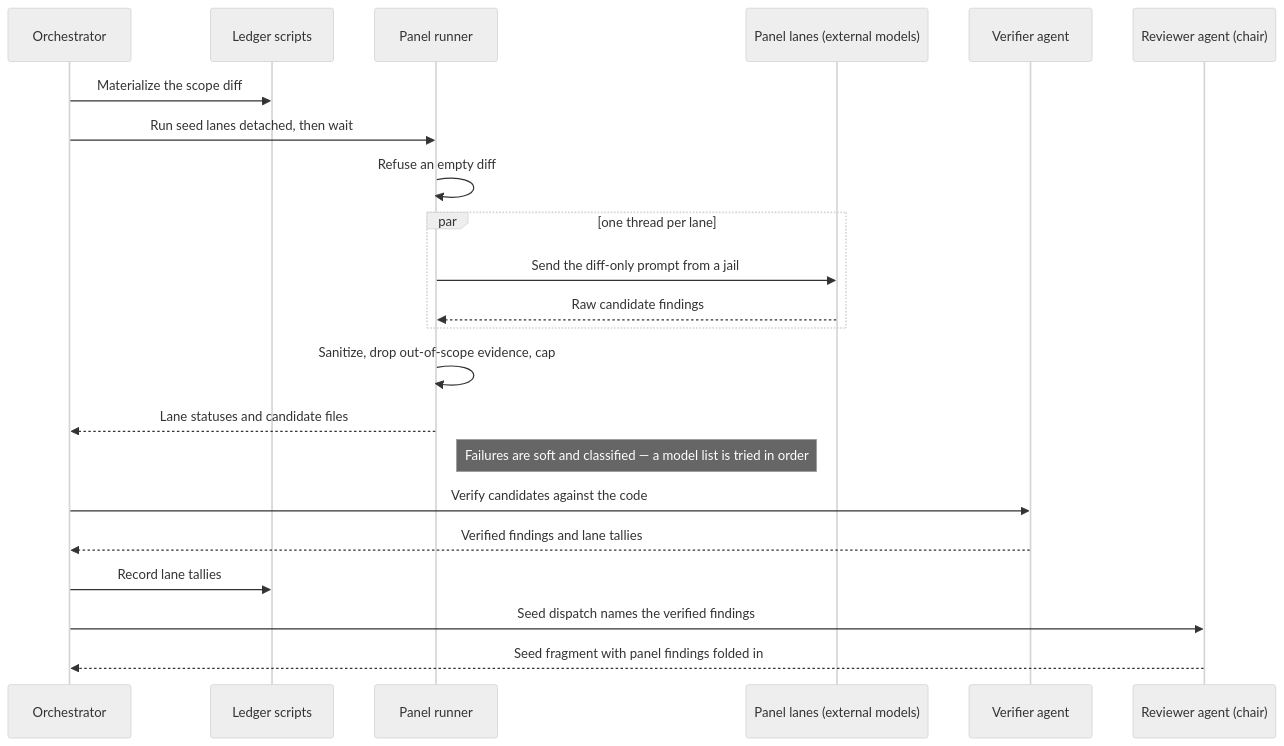
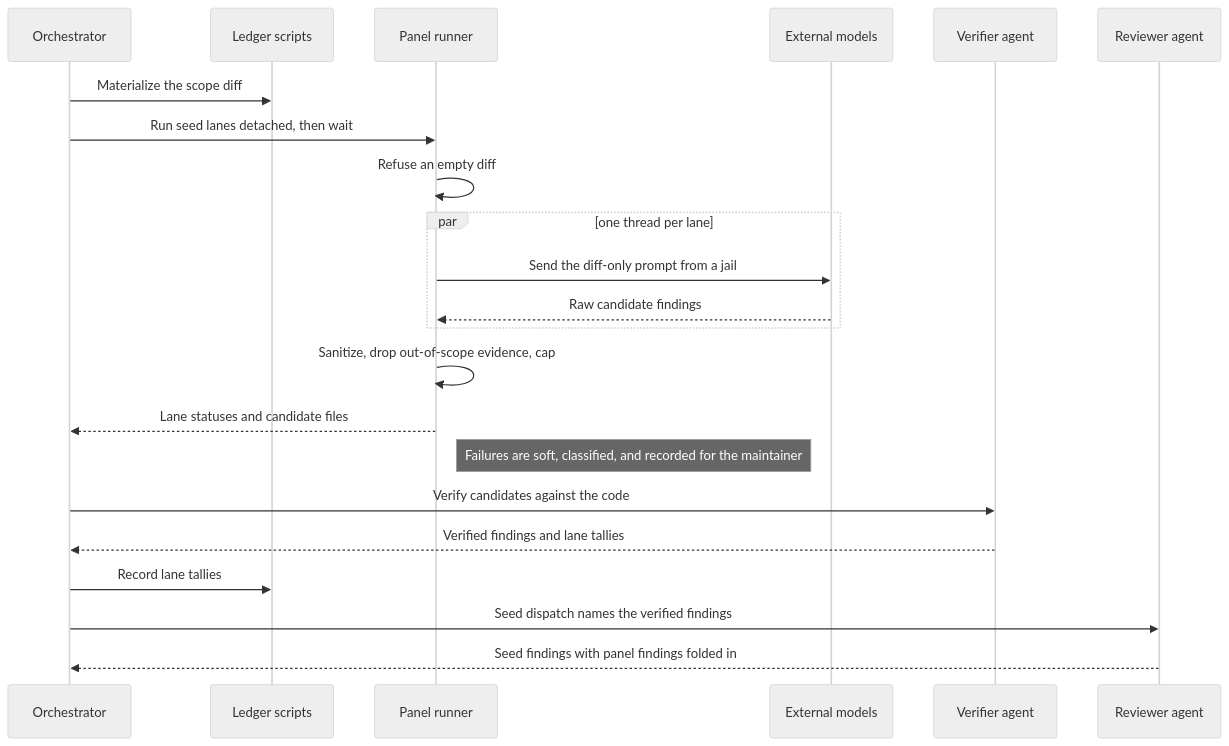
Before and after one commit to peterlit/quiller-claude-plugins: diagram 20 of 30 in docs/architecture/review-loop-tools.md, drawn with Mermaid (neutral theme). The commit also changed other lines of this file and 5 other files, not shown here.

````diff
--- a/docs/architecture/review-loop-tools.md
+++ b/docs/architecture/review-loop-tools.md
@@ -979,25 +1655,25 @@
 ```mermaid
 sequenceDiagram
     participant O as Orchestrator
     participant L as Ledger scripts
     participant P as Panel runner
-    participant X as Panel lanes (external models)
+    participant X as External models
     participant V as Verifier agent
-    participant R as Reviewer agent (chair)
+    participant R as Reviewer agent
 
     O->>L: Materialize the scope diff
     O->>P: Run seed lanes detached, then wait
     P->>P: Refuse an empty diff
     par one thread per lane
         P->>X: Send the diff-only prompt from a jail
         X-->>P: Raw candidate findings
     end
     P->>P: Sanitize, drop out-of-scope evidence, cap
     P-->>O: Lane statuses and candidate files
-    Note right of P: Failures are soft and classified — a model list is tried in order
+    Note right of P: Failures are soft, classified, and recorded for the maintainer
     O->>V: Verify candidates against the code
     V-->>O: Verified findings and lane tallies
     O->>L: Record lane tallies
     O->>R: Seed dispatch names the verified findings
-    R-->>O: Seed fragment with panel findings folded in
+    R-->>O: Seed findings with panel findings folded in
 ```
````
